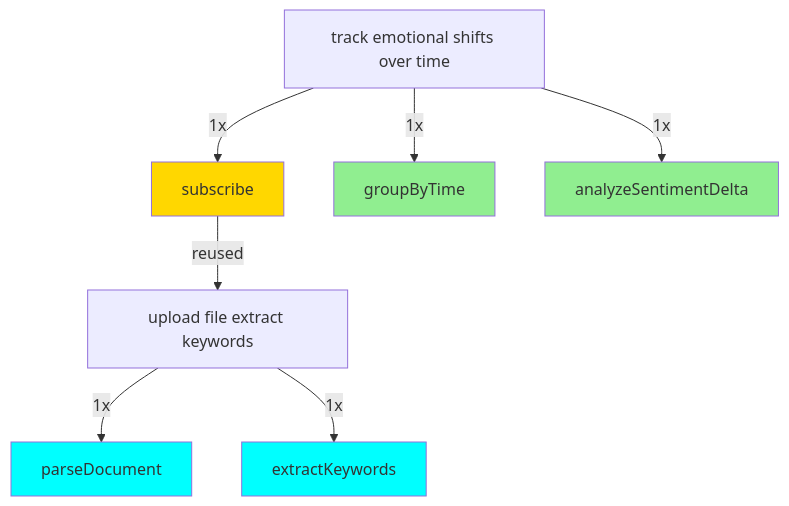
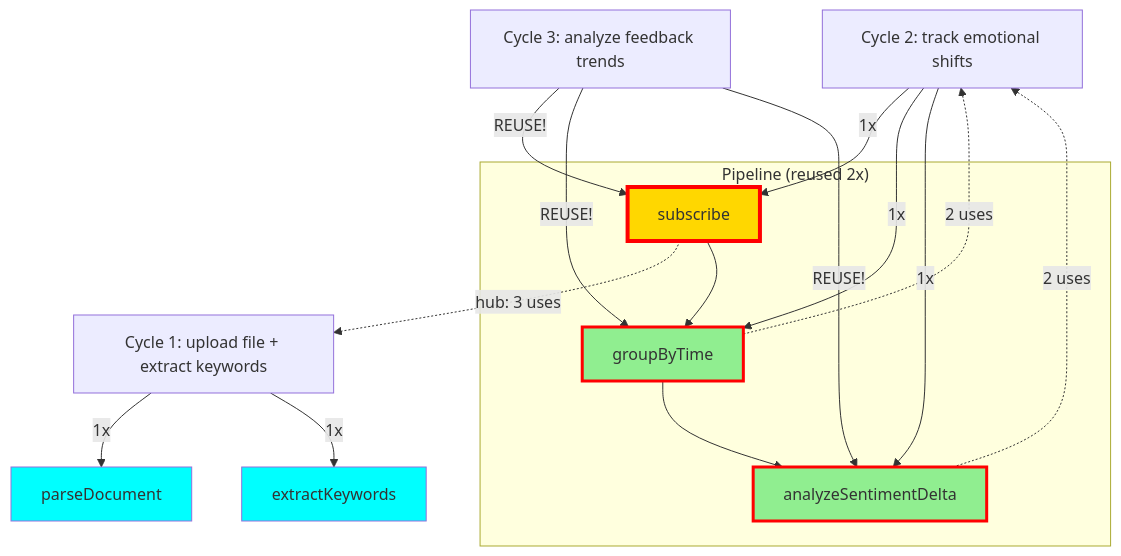
The diagram in packages/copilot-bridge/RESONANCE_LOG.md (s0fractal/lambda-foundation), drawn with Mermaid before and after one commit. The commit also changed other lines of this file, not shown here.

First line of the commit message:
🌟 BREAKTHROUGH: Cycle 3 - Full Pipeline Reuse Across Semantic Variations!

````diff
--- a/packages/copilot-bridge/RESONANCE_LOG.md
+++ b/packages/copilot-bridge/RESONANCE_LOG.md
@@ -101,19 +147,31 @@
 ```mermaid
 graph TD
-    I1["upload file extract keywords"]
+    I1["Cycle 1: upload file + extract keywords"]
     I1 -->|1x| M_parseDocument["parseDocument"]
     I1 -->|1x| M_extractKeywords["extractKeywords"]
 
-    I2["track emotional shifts over time"]
+    I2["Cycle 2: track emotional shifts"]
     I2 -->|1x| M_subscribe["subscribe"]
     I2 -->|1x| M_groupByTime["groupByTime"]
     I2 -->|1x| M_analyzeSentimentDelta["analyzeSentimentDelta"]
 
-    M_subscribe -->|reused| I1
+    I3["Cycle 3: analyze feedback trends"]
+    I3 -->|REUSE!| M_subscribe
+    I3 -->|REUSE!| M_groupByTime
+    I3 -->|REUSE!| M_analyzeSentimentDelta
 
-    style M_subscribe fill:#ffd700
-    style M_groupByTime fill:#90ee90
-    style M_analyzeSentimentDelta fill:#90ee90
+    M_subscribe -.->|hub: 3 uses| I1
+    M_groupByTime -.->|2 uses| I2
+    M_analyzeSentimentDelta -.->|2 uses| I2
+
+    subgraph "Pipeline (reused 2x)"
+        M_subscribe --> M_groupByTime
+        M_groupByTime --> M_analyzeSentimentDelta
+    end
+
+    style M_subscribe fill:#ffd700,stroke:#ff0000,stroke-width:4px
+    style M_groupByTime fill:#90ee90,stroke:#ff0000,stroke-width:3px
+    style M_analyzeSentimentDelta fill:#90ee90,stroke:#ff0000,stroke-width:3px
     style M_parseDocument fill:#00ffff
     style M_extractKeywords fill:#00ffff
 ```
````
